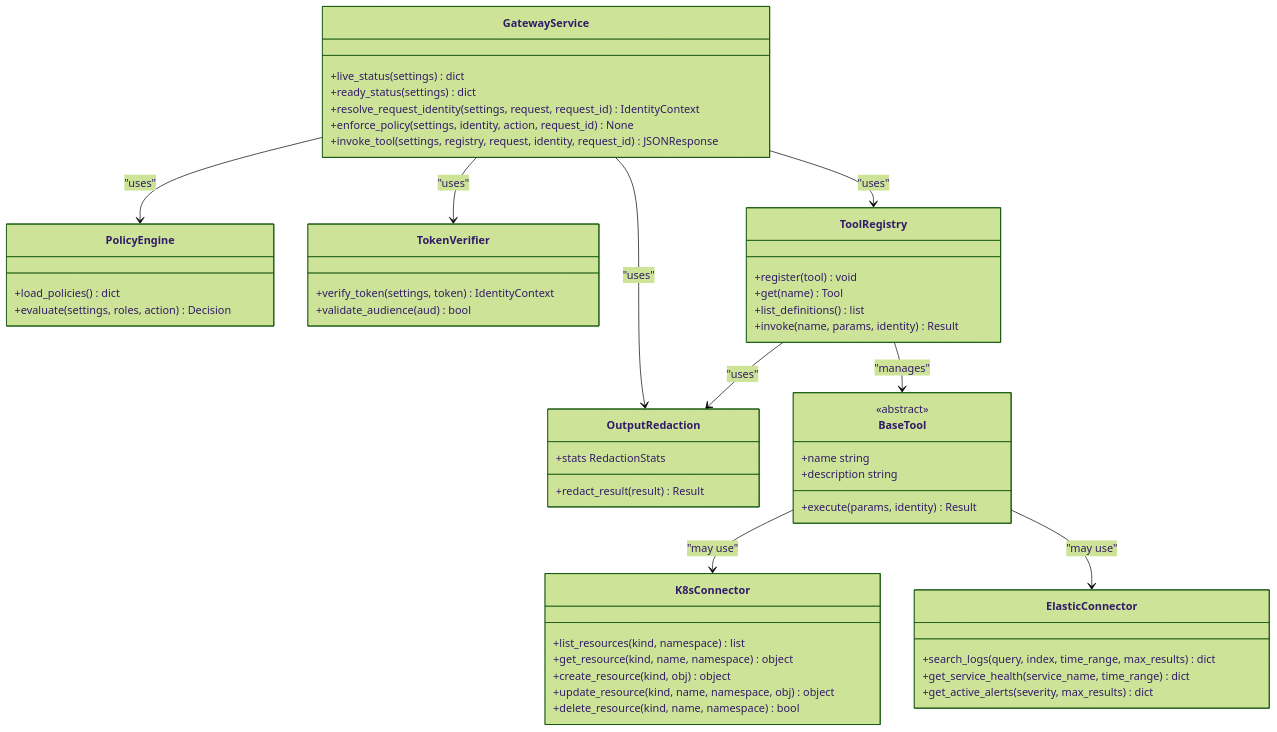
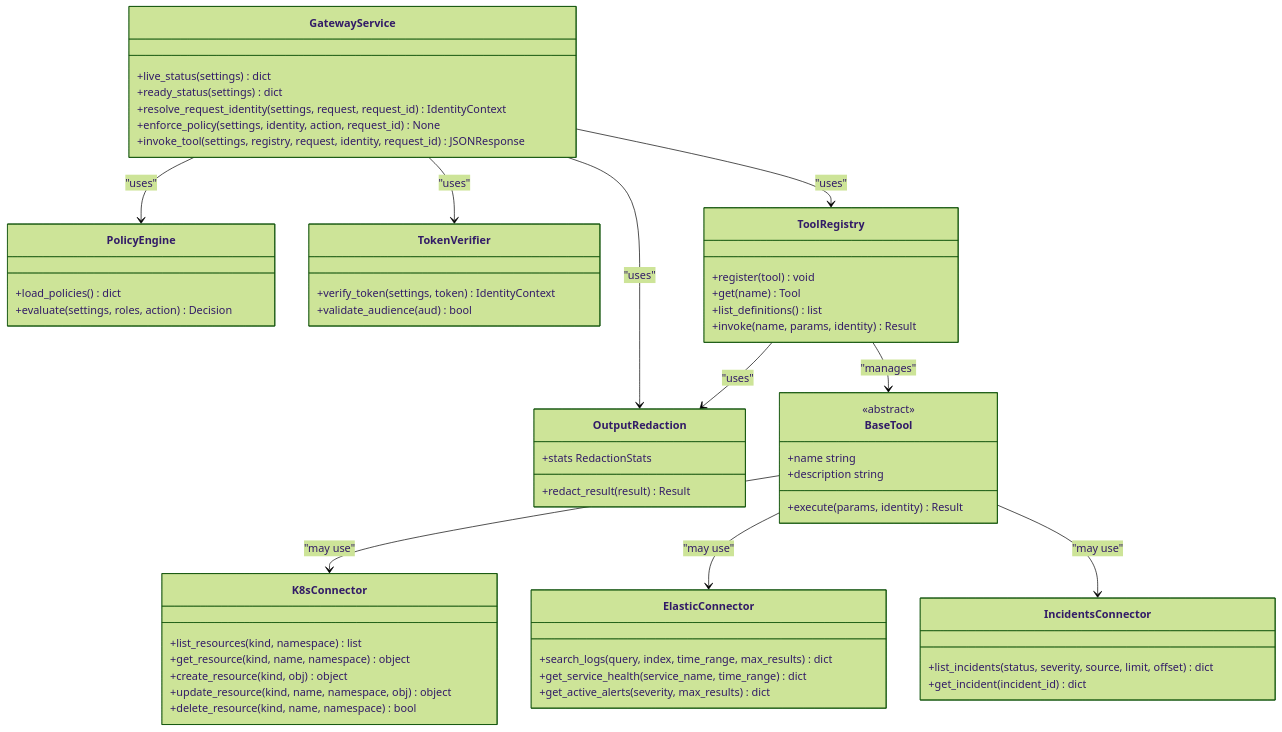
One commit to metasync/luban-aiops changed the fourth of 12 diagrams in .qoder/repowiki/en/content/Tool Gateway Service/Tool Gateway Service.md. Above: the diagram before and after it, drawn with Mermaid (forest theme). The commit also changed other lines of this file and 6 other files, not shown here.

````diff
--- a/.qoder/repowiki/en/content/Tool Gateway Service/Tool Gateway Service.md
+++ b/.qoder/repowiki/en/content/Tool Gateway Service/Tool Gateway Service.md
@@ -280,54 +295,59 @@
 ```mermaid
 classDiagram
 class GatewayService {
 +live_status(settings) dict
 +ready_status(settings) dict
 +resolve_request_identity(settings, request, request_id) IdentityContext
 +enforce_policy(settings, identity, action, request_id) None
 +invoke_tool(settings, registry, request, identity, request_id) JSONResponse
 }
 class PolicyEngine {
 +load_policies() dict
 +evaluate(settings, roles, action) Decision
 }
 class TokenVerifier {
 +verify_token(settings, token) IdentityContext
 +validate_audience(aud) bool
 }
 class ToolRegistry {
 +register(tool) void
 +get(name) Tool
 +list_definitions() list
 +invoke(name, params, identity) Result
 }
 class OutputRedaction {
 +redact_result(result) Result
 +stats RedactionStats
 }
 class BaseTool {
 <<abstract>>
 +name string
 +description string
 +execute(params, identity) Result
 }
 class K8sConnector {
 +list_resources(kind, namespace) list
 +get_resource(kind, name, namespace) object
 +create_resource(kind, obj) object
 +update_resource(kind, name, namespace, obj) object
 +delete_resource(kind, name, namespace) bool
 }
 class ElasticConnector {
 +search_logs(query, index, time_range, max_results) dict
 +get_service_health(service_name, time_range) dict
 +get_active_alerts(severity, max_results) dict
 }
+class IncidentsConnector {
++list_incidents(status, severity, source, limit, offset) dict
++get_incident(incident_id) dict
+}
 GatewayService --> PolicyEngine : "uses"
 GatewayService --> TokenVerifier : "uses"
 GatewayService --> ToolRegistry : "uses"
 GatewayService --> OutputRedaction : "uses"
 ToolRegistry --> BaseTool : "manages"
 ToolRegistry --> OutputRedaction : "uses"
 BaseTool --> K8sConnector : "may use"
 BaseTool --> ElasticConnector : "may use"
+BaseTool --> IncidentsConnector : "may use"
 ```
````
